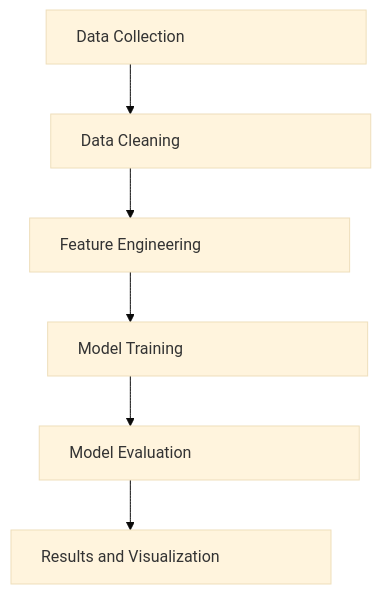
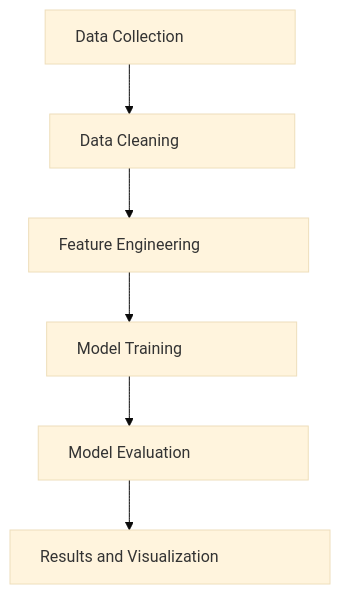
Before and after one commit to MarcoZengg/predicting-stock-direction: the diagram in README.md, drawn with Mermaid (base theme).

````diff
--- a/README.md
+++ b/README.md
@@ -105,15 +105,15 @@
 ```mermaid
 flowchart TB
   data["Data Collection"]
     --> cleaning["Data Cleaning"]
     --> features["Feature Engineering"]
     --> models["Model Training"]
     --> evaluation["Model Evaluation"]
     --> results["Results and Visualization"]
-  style data width:320px
-  style cleaning width:320px
-  style features width:320px
-  style models width:320px
-  style evaluation width:320px
+  style data width:250px
+  style cleaning width:245px
+  style features width:280px
+  style models width:250px
+  style evaluation width:270px
   style results width:320px
 ```
````
